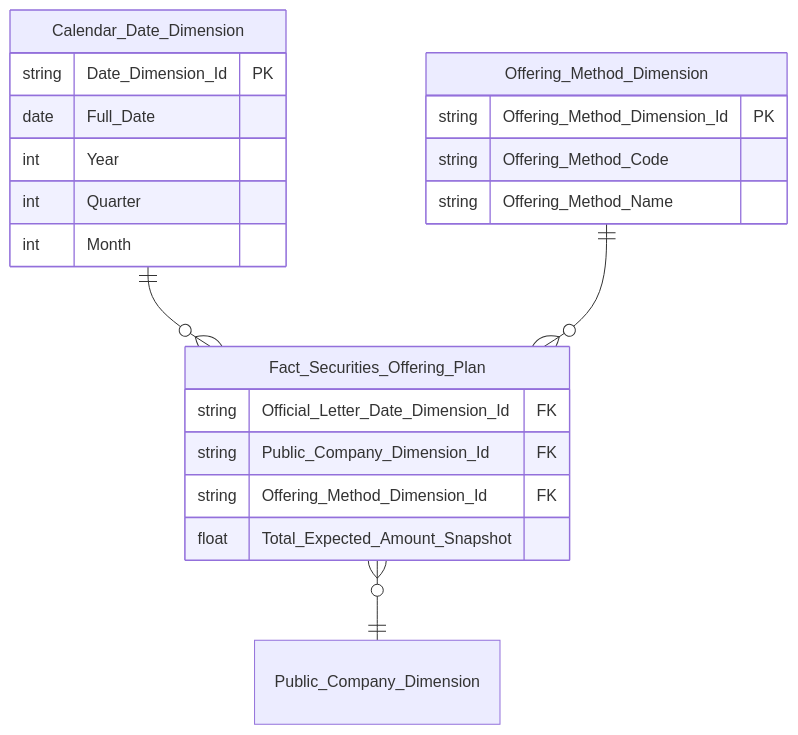
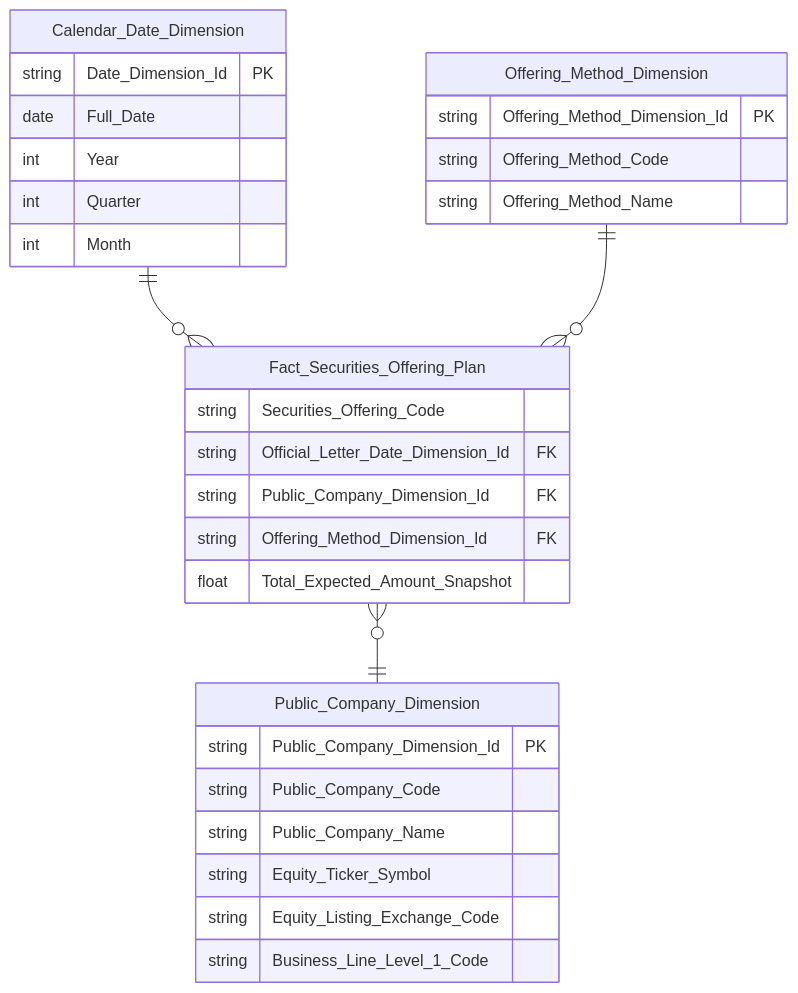
The eighth of 22 diagrams in Datamart/hld/DTM_QLCB_HLD.md (linhlvit/ubck_atomic_design), drawn with Mermaid before and after one commit. The commit also changed other lines of this file and 17 other files, not shown here.

````diff
--- a/Datamart/hld/DTM_QLCB_HLD.md
+++ b/Datamart/hld/DTM_QLCB_HLD.md
@@ -325,25 +394,34 @@
 ```mermaid
 erDiagram
     Calendar_Date_Dimension {
         string Date_Dimension_Id PK
         date Full_Date
         int Year
         int Quarter
         int Month
     }
     Offering_Method_Dimension {
         string Offering_Method_Dimension_Id PK
         string Offering_Method_Code
         string Offering_Method_Name
     }
+    Public_Company_Dimension {
+        string Public_Company_Dimension_Id PK
+        string Public_Company_Code
+        string Public_Company_Name
+        string Equity_Ticker_Symbol
+        string Equity_Listing_Exchange_Code
+        string Business_Line_Level_1_Code
+    }
     Fact_Securities_Offering_Plan {
+        string Securities_Offering_Code
         string Official_Letter_Date_Dimension_Id FK
         string Public_Company_Dimension_Id FK
         string Offering_Method_Dimension_Id FK
         float Total_Expected_Amount_Snapshot
     }
 
     Calendar_Date_Dimension ||--o{ Fact_Securities_Offering_Plan : " "
     Offering_Method_Dimension ||--o{ Fact_Securities_Offering_Plan : " "
     Fact_Securities_Offering_Plan }o--|| Public_Company_Dimension : " "
 ```
````
